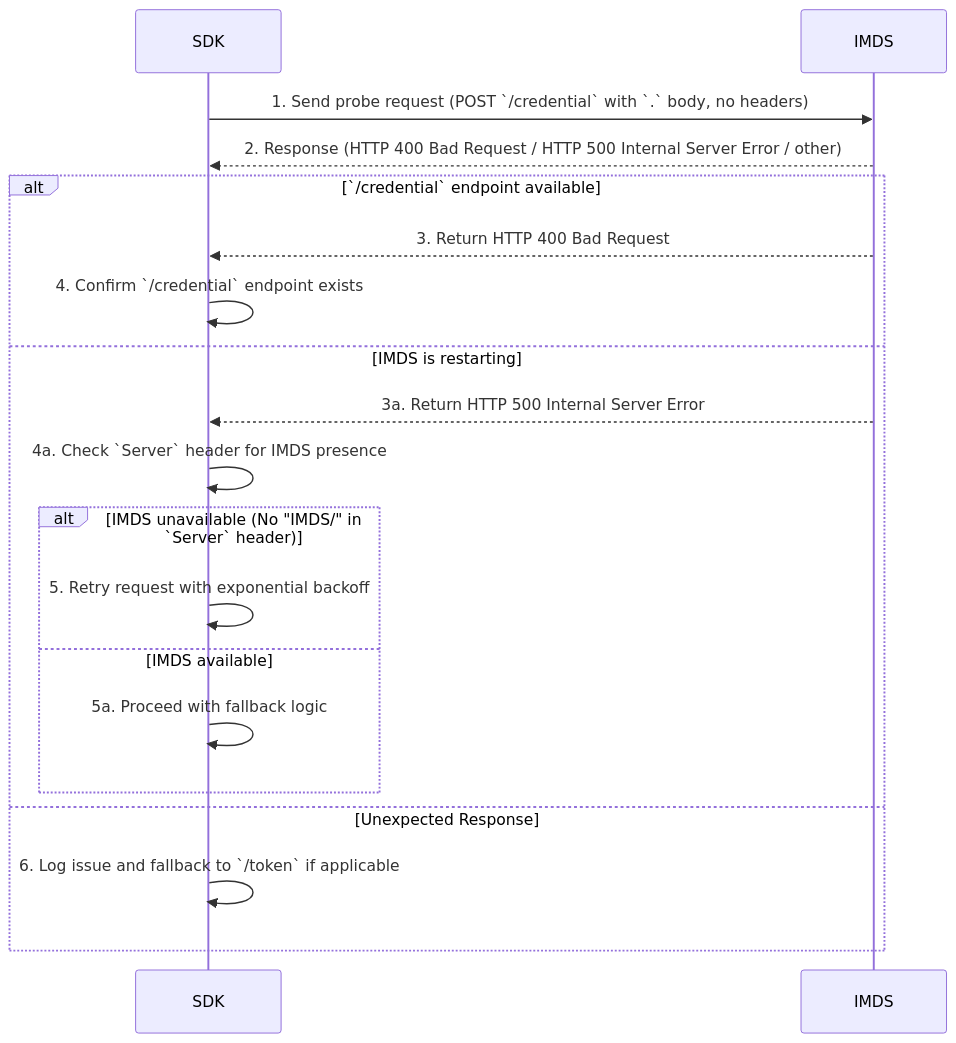
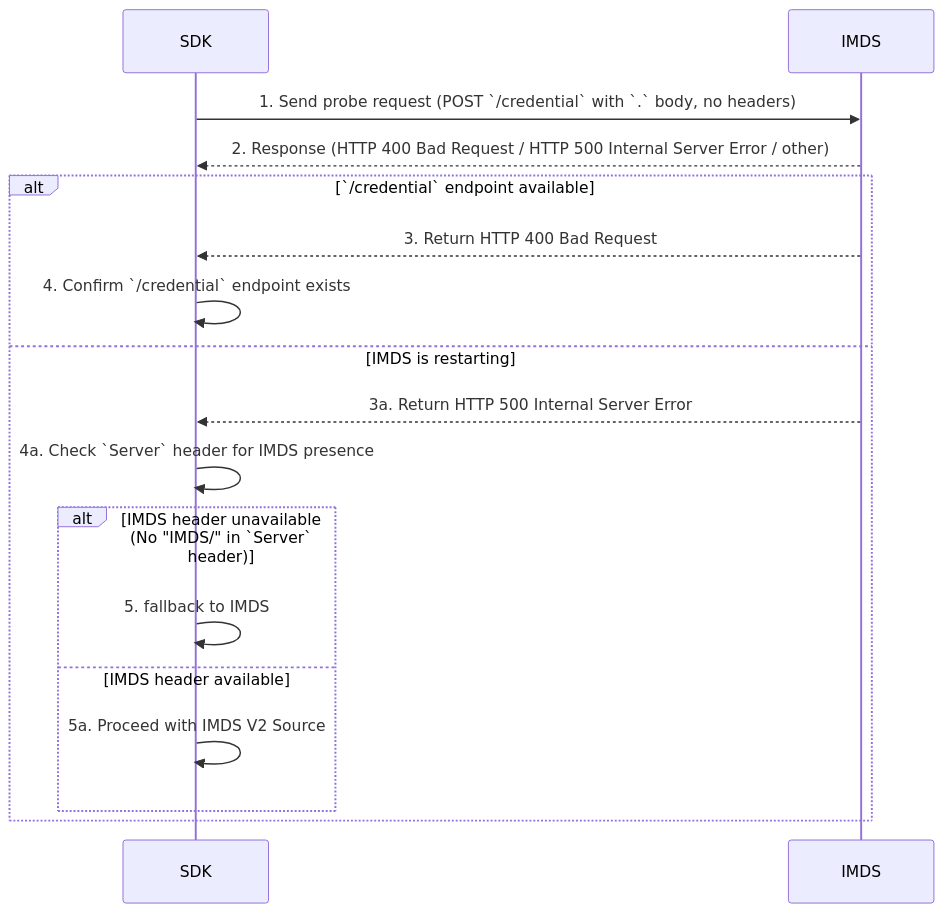
One commit to AzureAD/microsoft-authentication-library-for-dotnet changed the diagram in docs/msi_v2/vm_vmss_credential_probe.md. Above: the diagram before and after it, drawn with Mermaid.

Commit message:
Update IMDS header handling logic

````diff
--- a/docs/msi_v2/vm_vmss_credential_probe.md
+++ b/docs/msi_v2/vm_vmss_credential_probe.md
@@ -3,23 +3,21 @@
 ```mermaid
 sequenceDiagram
     participant SDK
     participant IMDS
 
     SDK ->> IMDS: 1. Send probe request (POST `/credential` with `.` body, no headers)
     IMDS -->> SDK: 2. Response (HTTP 400 Bad Request / HTTP 500 Internal Server Error / other)
 
     alt `/credential` endpoint available
         IMDS -->> SDK: 3. Return HTTP 400 Bad Request
         SDK ->> SDK: 4. Confirm `/credential` endpoint exists
     else IMDS is restarting
         IMDS -->> SDK: 3a. Return HTTP 500 Internal Server Error
         SDK ->> SDK: 4a. Check `Server` header for IMDS presence
-        alt IMDS unavailable (No "IMDS/" in `Server` header)
-            SDK ->> SDK: 5. Retry request with exponential backoff
-        else IMDS available
-            SDK ->> SDK: 5a. Proceed with fallback logic
+        alt IMDS header unavailable (No "IMDS/" in `Server` header)
+            SDK ->> SDK: 5. fallback to IMDS
+        else IMDS header available
+            SDK ->> SDK: 5a. Proceed with IMDS V2 Source
         end
-    else Unexpected Response
-        SDK ->> SDK: 6. Log issue and fallback to `/token` if applicable
     end
 ```
````
